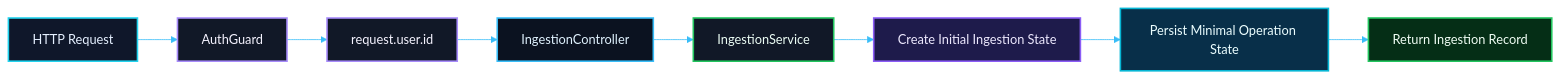
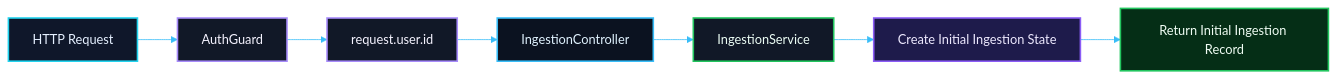
The diagram in PR 08 — Fase 1: Persistência Mínima da Operação de Ingestion.md (matheusdiamantino-betalent/questions-ai), drawn with Mermaid before and after one commit. The commit also changed other lines of this file, not shown here.

Commit message:
Update PR 08 — Fase 1: Persistência Mínima da Operação de Ingestion.md

````diff
--- a/PR 08 — Fase 1: Persistência Mínima da Operação de Ingestion.md
+++ b/PR 08 — Fase 1: Persistência Mínima da Operação de Ingestion.md
@@ -208,33 +214,31 @@
 ```mermaid
 %%{init: {
   "theme": "base",
   "themeVariables": {
     "background": "#0b1020",
     "primaryColor": "#111827",
     "primaryTextColor": "#e5f0ff",
     "primaryBorderColor": "#22d3ee",
     "lineColor": "#38bdf8",
     "secondaryColor": "#0f172a",
     "tertiaryColor": "#111827",
     "fontFamily": "Inter, Segoe UI, Arial",
     "clusterBkg": "#0f172a",
     "clusterBorder": "#334155"
   }
 }}%%
 flowchart LR
     A[HTTP Request]:::node --> B[AuthGuard]:::auth
     B --> C[request.user.id]:::auth
     C --> D[IngestionController]:::controller
     D --> E[IngestionService]:::service
     E --> F[Create Initial Ingestion State]:::domain
-    F --> G[Persist Minimal Operation State]:::storage
-    G --> H[Return Ingestion Record]:::result
+    F --> G[Return Initial Ingestion Record]:::result
 
     classDef node fill:#0f172a,stroke:#22d3ee,color:#e5f0ff,stroke-width:2px;
     classDef auth fill:#111827,stroke:#a78bfa,color:#f5f3ff,stroke-width:2px;
     classDef controller fill:#0b1220,stroke:#38bdf8,color:#e0f2fe,stroke-width:2px;
     classDef service fill:#111827,stroke:#22c55e,color:#ecfdf5,stroke-width:2px;
     classDef domain fill:#1e1b4b,stroke:#8b5cf6,color:#ede9fe,stroke-width:2px;
-    classDef storage fill:#082f49,stroke:#06b6d4,color:#ecfeff,stroke-width:2px;
     classDef result fill:#052e16,stroke:#22c55e,color:#f0fdf4,stroke-width:2px;
 ```
````
